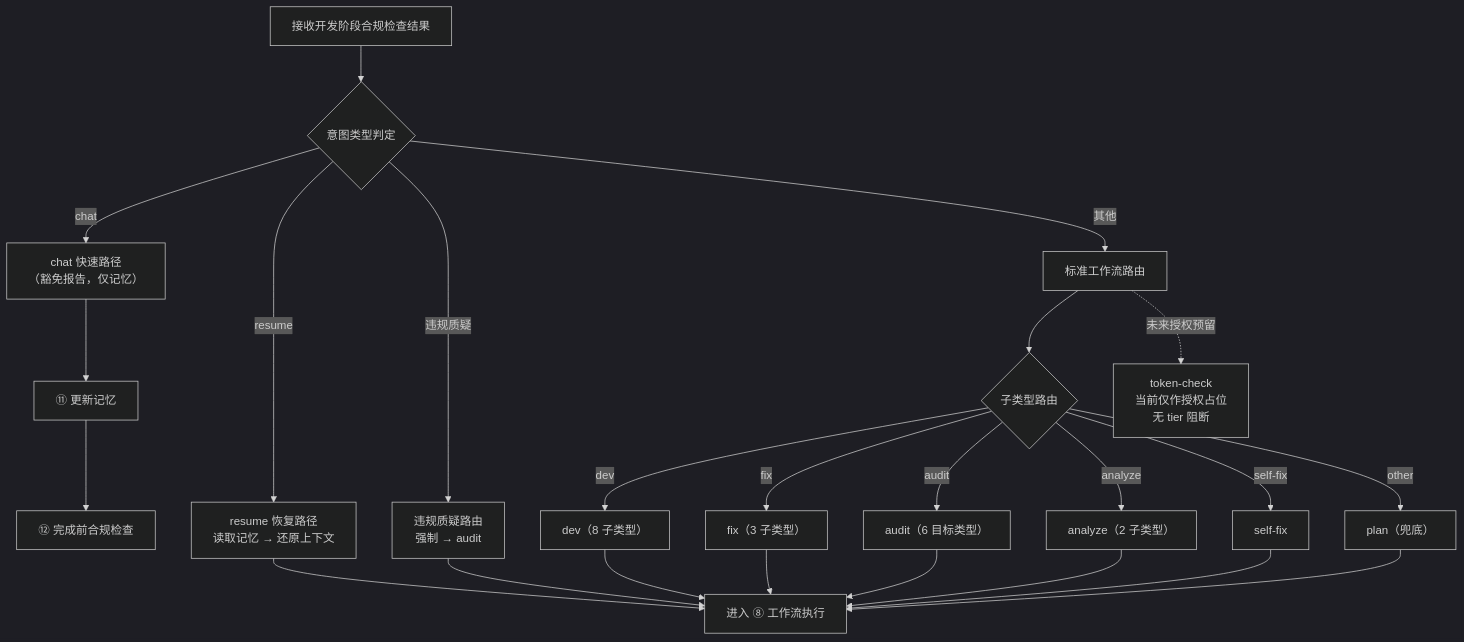
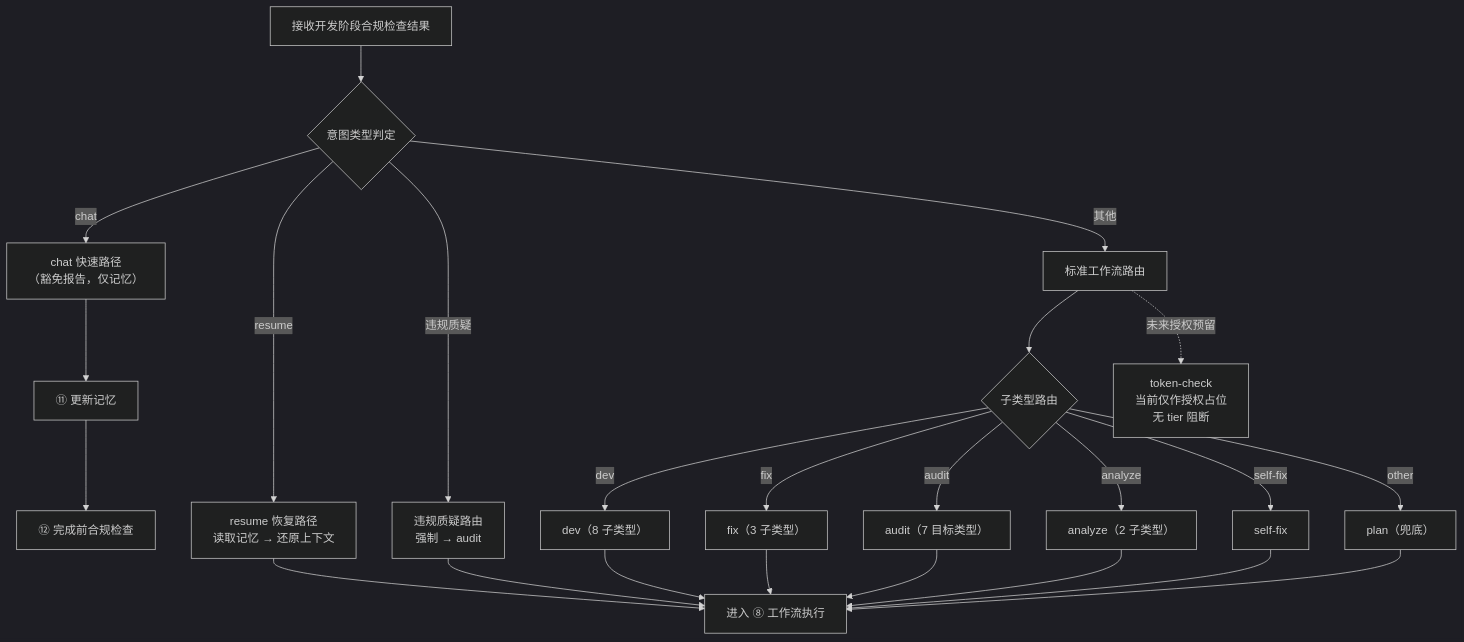
One commit to devcodex-labs/devcodex changed the diagram in website/docs/specs/routing-flow.md. Above: the diagram before and after it, drawn with Mermaid (dark theme). The commit also changed other lines of this file and 36 other files, not shown here.

````diff
--- a/website/docs/specs/routing-flow.md
+++ b/website/docs/specs/routing-flow.md
@@ -10,35 +10,35 @@
 ```mermaid
 flowchart TD
     IN["接收开发阶段合规检查结果"]
     INTENT{"意图类型判定"}
 
     CHAT_PATH["chat 快速路径\n（豁免报告，仅记忆）"]
     RESUME_PATH["resume 恢复路径\n读取记忆 → 还原上下文"]
     VIOLATION["违规质疑路由\n强制 → audit"]
     WORKFLOW["标准工作流路由"]
 
     SUB_ROUTE{"子类型路由"}
     TOKEN_RESERVED["token-check\n当前仅作授权占位\n无 tier 阻断"]
 
     DEV["dev（8 子类型）"]
     FIX["fix（3 子类型）"]
-    AUDIT["audit（6 目标类型）"]
+    AUDIT["audit（7 目标类型）"]
     ANALYZE["analyze（2 子类型）"]
     SELF_FIX["self-fix"]
     PLAN["plan（兜底）"]
     EXEC["进入 ⑧ 工作流执行"]
 
     IN --> INTENT
     INTENT -->|"chat"| CHAT_PATH --> MEMORY_W["⑪ 更新记忆"] --> FINAL["⑫ 完成前合规检查"]
     INTENT -->|"resume"| RESUME_PATH --> EXEC
     INTENT -->|"违规质疑"| VIOLATION --> EXEC
     INTENT -->|"其他"| WORKFLOW --> SUB_ROUTE
     WORKFLOW -. "未来授权预留" .-> TOKEN_RESERVED
 
     SUB_ROUTE -->|dev| DEV --> EXEC
     SUB_ROUTE -->|fix| FIX --> EXEC
     SUB_ROUTE -->|audit| AUDIT --> EXEC
     SUB_ROUTE -->|analyze| ANALYZE --> EXEC
     SUB_ROUTE -->|self-fix| SELF_FIX --> EXEC
     SUB_ROUTE -->|other| PLAN --> EXEC
 ```
````
